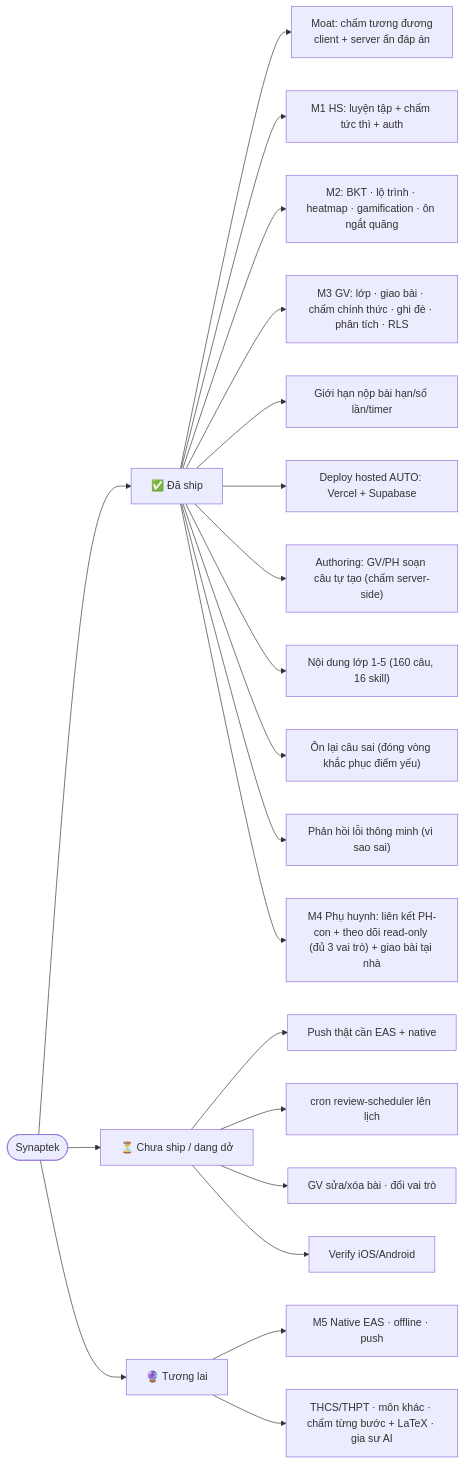
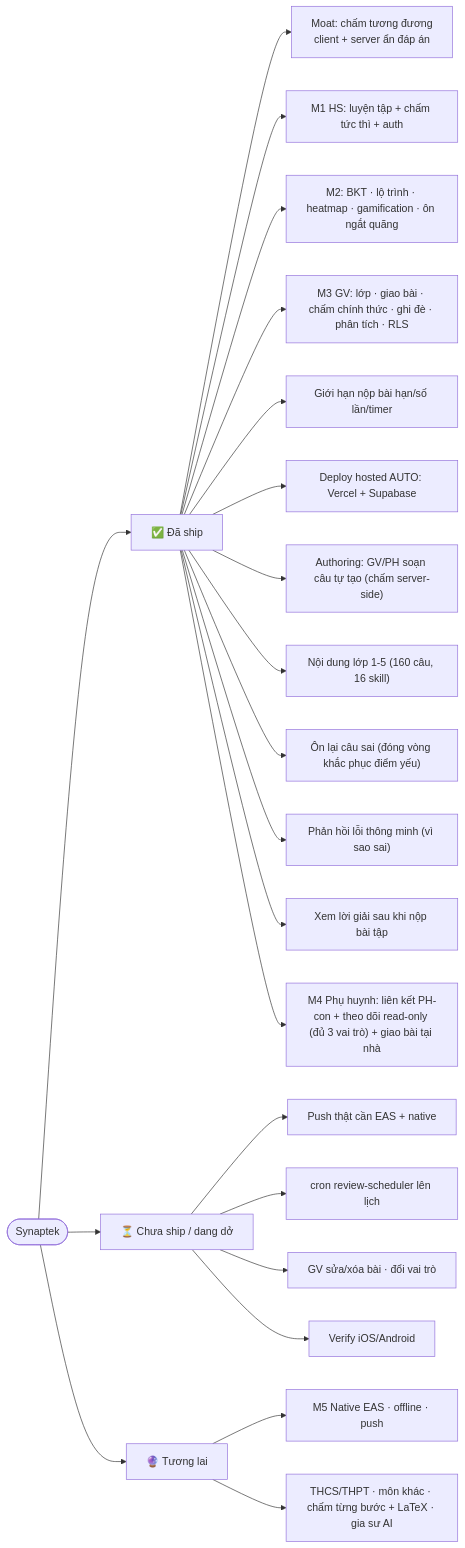
One commit to hoanghainh1188/synaptek changed the second of 2 diagrams in docs/FEATURE-MAP.md. Above: the diagram before and after it, drawn with Mermaid. The commit also changed 3 other files, not shown here.

First line of the commit message:
feat: xem lời giải sau khi nộp bài tập (#35)

````diff
--- a/docs/FEATURE-MAP.md
+++ b/docs/FEATURE-MAP.md
@@ -62,27 +62,28 @@
 ```mermaid
 flowchart LR
   S([Synaptek])
   S --> SHIPPED["✅ Đã ship"]
   S --> WIP["⏳ Chưa ship / dang dở"]
   S --> FUTURE["🔮 Tương lai"]
 
   SHIPPED --> A1["Moat: chấm tương đương<br/>client + server ẩn đáp án"]
   SHIPPED --> A2["M1 HS: luyện tập + chấm tức thì + auth"]
   SHIPPED --> A3["M2: BKT · lộ trình · heatmap · gamification · ôn ngắt quãng"]
   SHIPPED --> A4["M3 GV: lớp · giao bài · chấm chính thức · ghi đè · phân tích · RLS"]
   SHIPPED --> A5["Giới hạn nộp bài hạn/số lần/timer"]
   SHIPPED --> A6["Deploy hosted AUTO: Vercel + Supabase"]
 
   WIP --> B1["Push thật cần EAS + native"]
   WIP --> B2["cron review-scheduler lên lịch"]
   WIP --> B3["GV sửa/xóa bài · đổi vai trò"]
   SHIPPED --> A8["Authoring: GV/PH soạn câu tự tạo (chấm server-side)"]
   SHIPPED --> A9["Nội dung lớp 1-5 (160 câu, 16 skill)"]
   SHIPPED --> A10["Ôn lại câu sai (đóng vòng khắc phục điểm yếu)"]
   SHIPPED --> A11["Phản hồi lỗi thông minh (vì sao sai)"]
+  SHIPPED --> A12["Xem lời giải sau khi nộp bài tập"]
   WIP --> B5["Verify iOS/Android"]
 
   SHIPPED --> A7["M4 Phụ huynh: liên kết PH-con + theo dõi read-only (đủ 3 vai trò) + giao bài tại nhà"]
   FUTURE --> C2["M5 Native EAS · offline · push"]
   FUTURE --> C3["THCS/THPT · môn khác · chấm từng bước + LaTeX · gia sư AI"]
 ```
````
